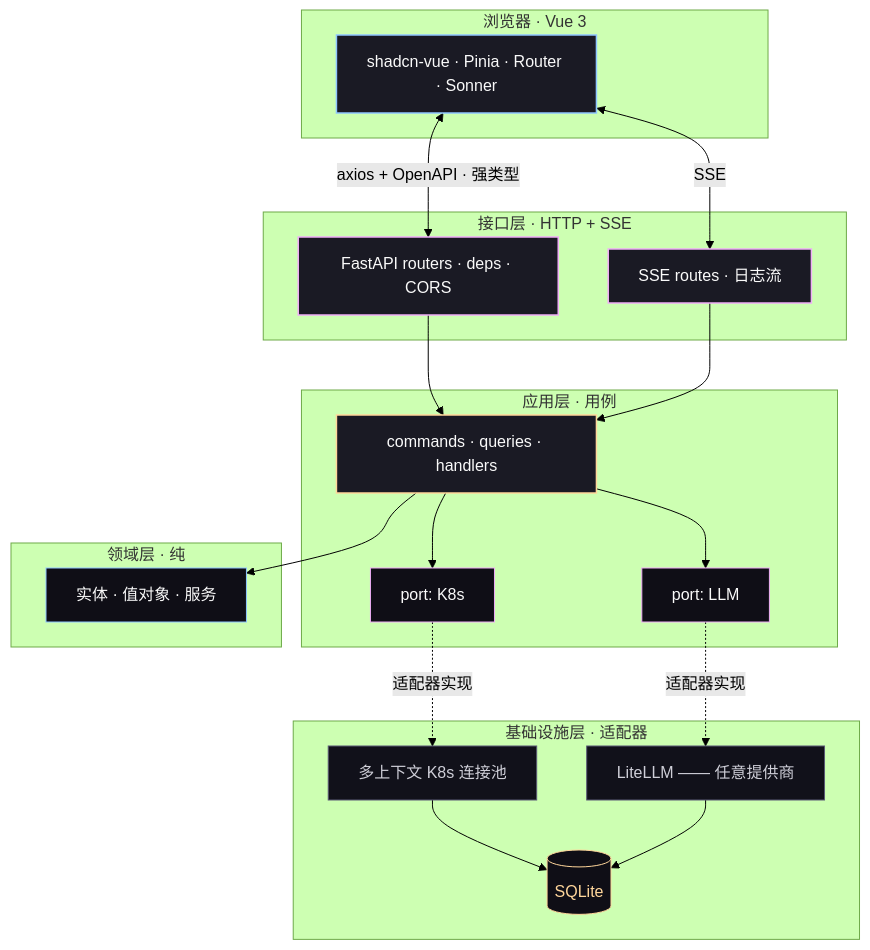
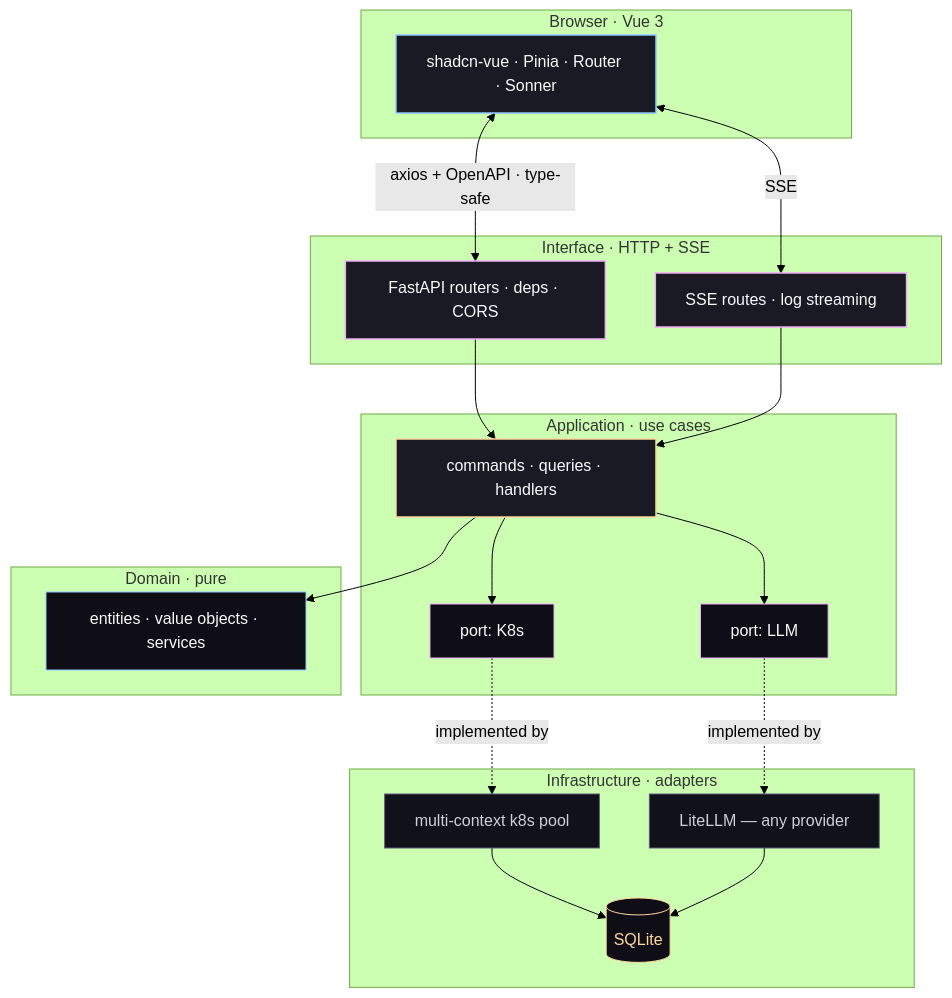
The diagram in README.zh-CN.md (mcgrapeng/Spotlight), drawn with Mermaid (forest theme) before and after one commit. The commit also changed other lines of this file and 5 other files, not shown here.

````diff
--- a/README.zh-CN.md
+++ b/README.zh-CN.md
@@ -153,46 +129,46 @@
 ```mermaid
 flowchart TB
   classDef ui    fill:#1A1A24,stroke:#8EC5FF,stroke-width:1.5px,color:#FAFAFA
   classDef api   fill:#1A1A24,stroke:#EFADF7,stroke-width:1.5px,color:#FAFAFA
   classDef app   fill:#1A1A24,stroke:#FFD69B,stroke-width:1.5px,color:#FAFAFA
   classDef port  fill:#0F0E16,stroke:#EFADF7,stroke-width:1px,color:#FAFAFA
   classDef dom   fill:#0F0E16,stroke:#8EC5FF,stroke-width:1px,color:#FAFAFA
   classDef infra fill:#11111A,stroke:#5A5A75,stroke-width:1px,color:#CFCFD8
   classDef store fill:#0F0E16,stroke:#FFD69B,stroke-width:1px,color:#FFD69B
 
-  subgraph Browser["浏览器 · Vue 3"]
+  subgraph Browser["Browser · Vue 3"]
     UI["shadcn-vue · Pinia · Router · Sonner"]:::ui
   end
 
-  subgraph Edge["接口层 · HTTP + SSE"]
+  subgraph Edge["Interface · HTTP + SSE"]
     API["FastAPI routers · deps · CORS"]:::api
-    SSE["SSE routes · 日志流"]:::api
+    SSE["SSE routes · log streaming"]:::api
   end
 
-  subgraph App["应用层 · 用例"]
+  subgraph App["Application · use cases"]
     UC["commands · queries · handlers"]:::app
     PK["port: K8s"]:::port
     PL["port: LLM"]:::port
   end
 
-  subgraph Dom["领域层 · 纯"]
-    ENT["实体 · 值对象 · 服务"]:::dom
+  subgraph Dom["Domain · pure"]
+    ENT["entities · value objects · services"]:::dom
   end
 
-  subgraph Infra["基础设施层 · 适配器"]
-    K8S["多上下文 K8s 连接池"]:::infra
-    LLM["LiteLLM —— 任意提供商"]:::infra
+  subgraph Infra["Infrastructure · adapters"]
+    K8S["multi-context k8s pool"]:::infra
+    LLM["LiteLLM — any provider"]:::infra
     DB[("SQLite")]:::store
   end
 
-  UI <-->|"axios + OpenAPI · 强类型"| API
+  UI <-->|"axios + OpenAPI · type-safe"| API
   UI <-->|SSE| SSE
   API --> UC
   SSE --> UC
   UC --> ENT
   UC --> PK & PL
-  PK -. 适配器实现 .-> K8S
-  PL -. 适配器实现 .-> LLM
+  PK -. implemented by .-> K8S
+  PL -. implemented by .-> LLM
   K8S --> DB
   LLM --> DB
 ```
````
